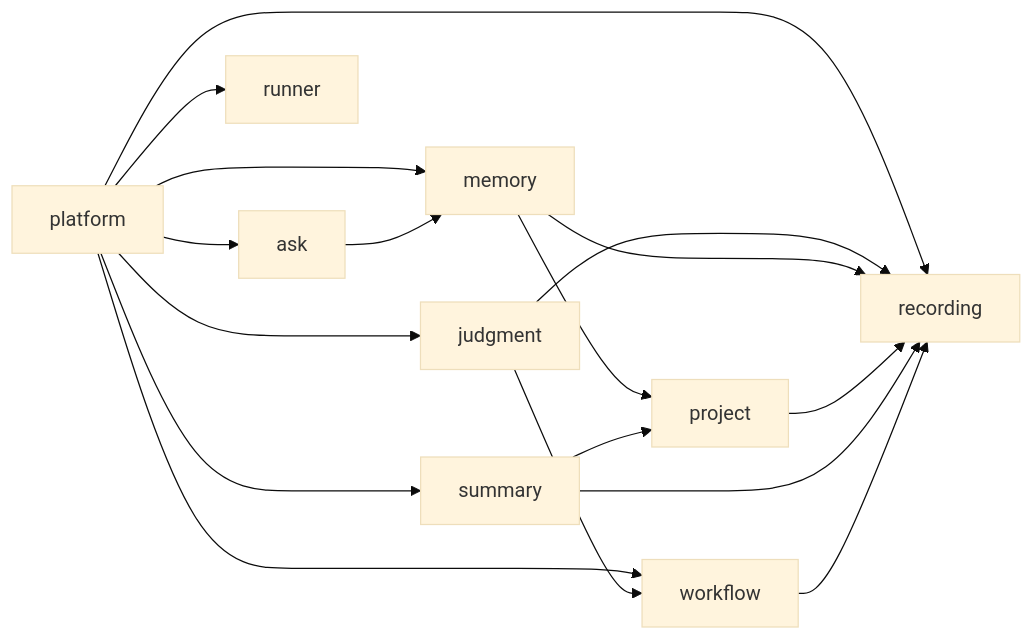
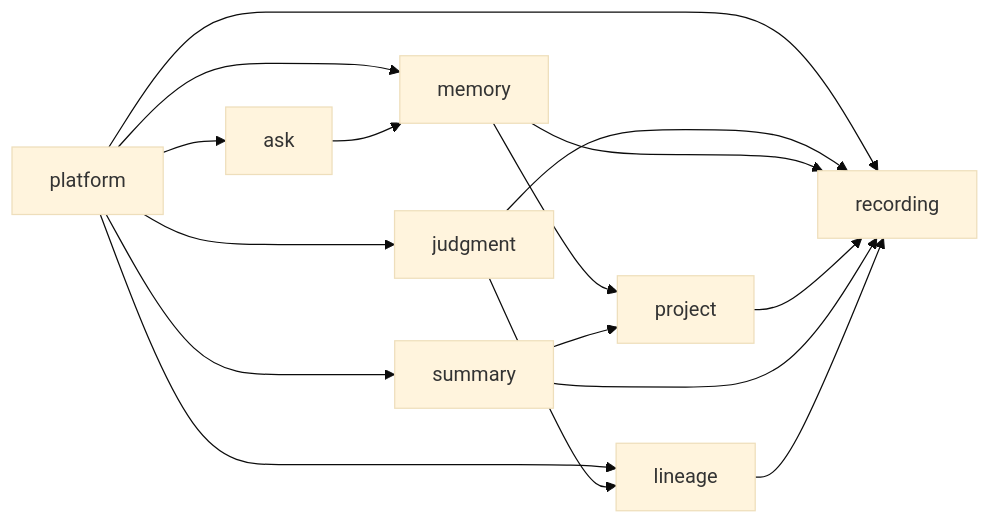
Before and after one commit to nathanmauro/black-box: the second of 2 diagrams in docs/architecture.md, drawn with Mermaid (base theme). The commit also changed other lines of this file and 306 other files, not shown here.

Commit message:
Extract Session Lineage And Retire The Board Runner

````diff
--- a/docs/architecture.md
+++ b/docs/architecture.md
@@ -100,19 +85,18 @@
 ```mermaid
 flowchart LR
     PLATFORM["platform"] --> ASK["ask"]
     PLATFORM --> JUDGMENT["judgment"]
     PLATFORM --> MEMORY["memory"]
     PLATFORM --> RECORDING["recording"]
-    PLATFORM --> RUNNER["runner"]
     PLATFORM --> SUMMARY["summary"]
-    PLATFORM --> WORKFLOW["workflow"]
+    PLATFORM --> LINEAGE["lineage"]
     ASK --> MEMORY
     JUDGMENT --> RECORDING
-    JUDGMENT --> WORKFLOW
+    JUDGMENT --> LINEAGE
     MEMORY --> PROJECT["project"]
     MEMORY --> RECORDING
     PROJECT --> RECORDING
     SUMMARY --> PROJECT
     SUMMARY --> RECORDING
-    WORKFLOW --> RECORDING
+    LINEAGE --> RECORDING
 ```
````
